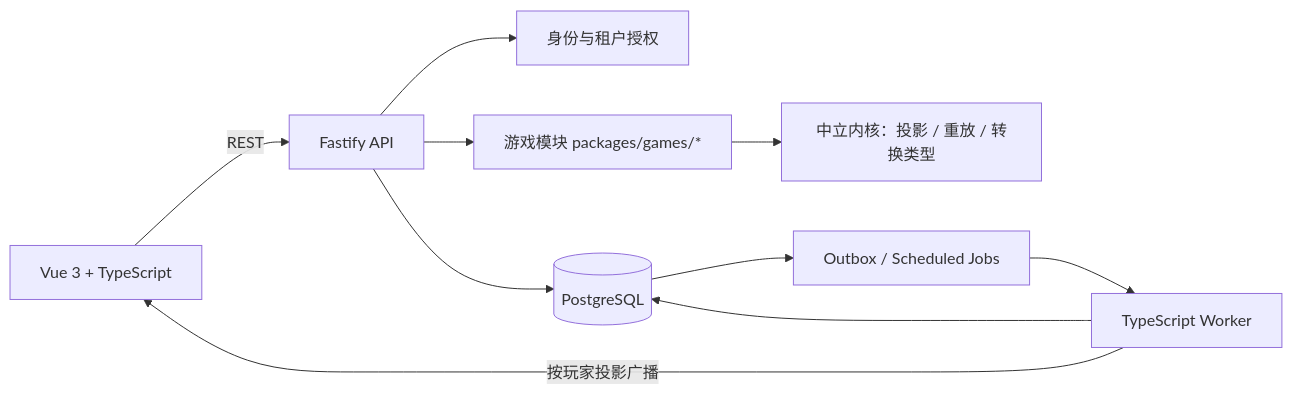
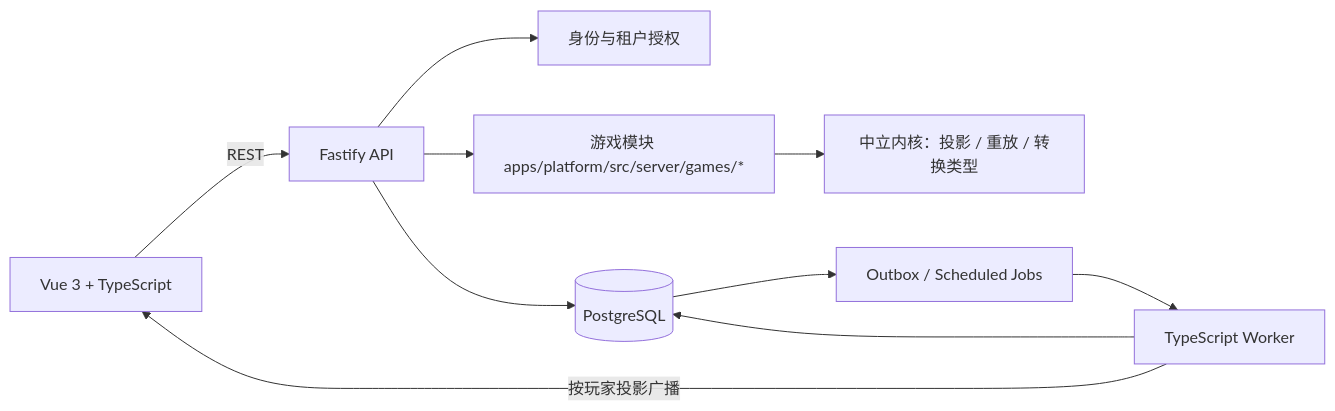
The diagram in docs/platform-migration-plan.md (Fize/vbrpg), drawn with Mermaid before and after one commit. The commit also changed other lines of this file and 152 other files, not shown here.

````diff
--- a/docs/platform-migration-plan.md
+++ b/docs/platform-migration-plan.md
@@ -63,12 +63,12 @@
 ```mermaid
 flowchart LR
     Browser[Vue 3 + TypeScript] -->|REST| API[Fastify API]
     API --> Auth[身份与租户授权]
-    API --> Games[游戏模块 packages/games/*]
+    API --> Games[游戏模块 apps/platform/src/server/games/*]
     Games --> Engine[中立内核：投影 / 重放 / 转换类型]
     API --> DB[(PostgreSQL)]
     Worker[TypeScript Worker] --> DB
     DB --> Outbox[Outbox / Scheduled Jobs]
     Outbox --> Worker
     Worker -->|按玩家投影广播| Browser
 ```
````
